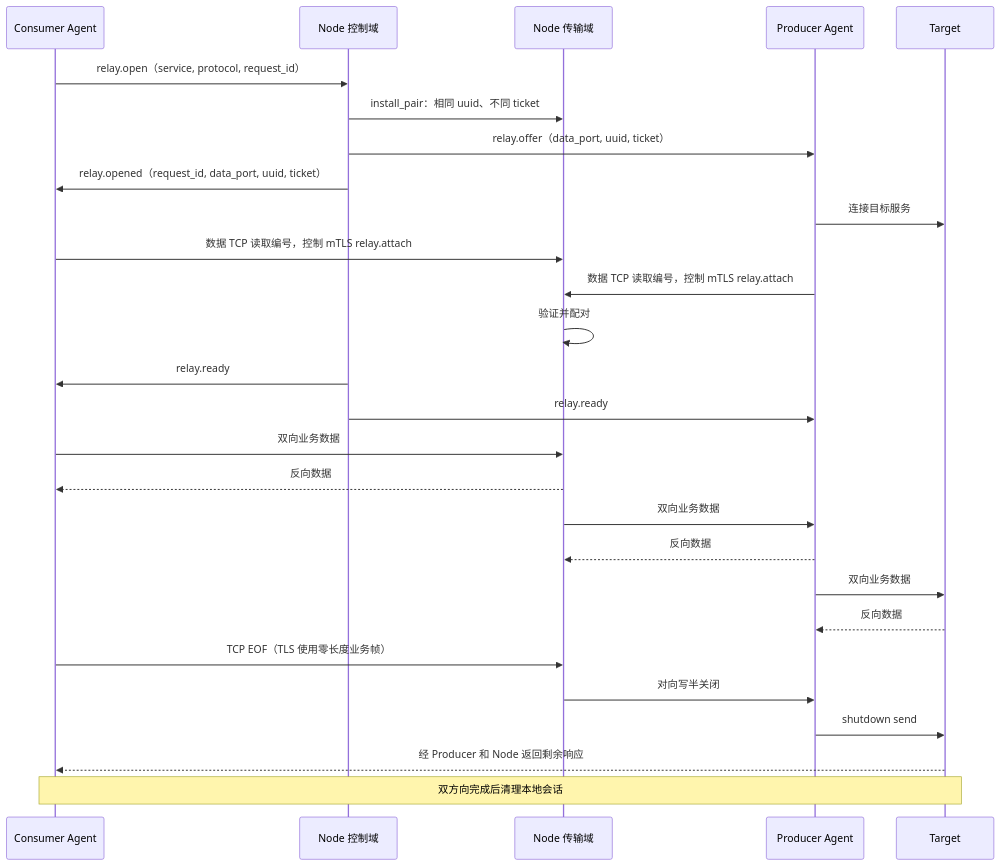
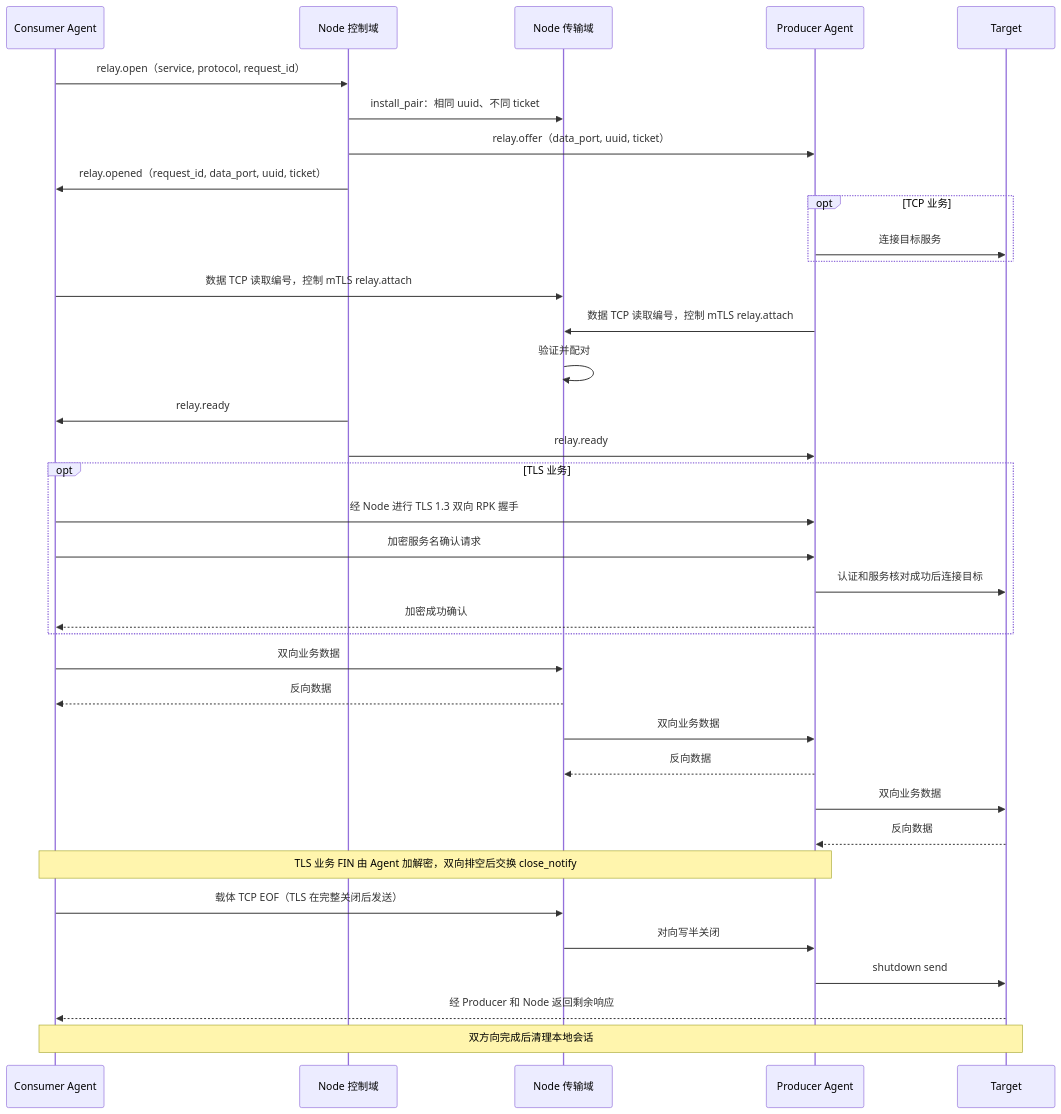
Diagram 18 of 21 in docs/RelayWeave设计.md (Xtinc/relayweave), drawn with Mermaid before and after one commit. The commit also changed other lines of this file and 8 other files, not shown here.

First line of the commit message:
docs: add section on end-to-end key and credential rotation for mTLS and RPK

````diff
--- a/docs/RelayWeave设计.md
+++ b/docs/RelayWeave设计.md
@@ -1250,29 +1263,38 @@
 ```mermaid
 sequenceDiagram
     participant C as Consumer Agent
     participant N as Node 控制域
     participant D as Node 传输域
     participant P as Producer Agent
     participant T as Target
     C->>N: relay.open（service, protocol, request_id）
     N->>D: install_pair：相同 uuid、不同 ticket
     N->>P: relay.offer（data_port, uuid, ticket）
     N->>C: relay.opened（request_id, data_port, uuid, ticket）
-    P->>T: 连接目标服务
+    opt TCP 业务
+        P->>T: 连接目标服务
+    end
     C->>D: 数据 TCP 读取编号，控制 mTLS relay.attach
     P->>D: 数据 TCP 读取编号，控制 mTLS relay.attach
     D->>D: 验证并配对
     N->>C: relay.ready
     N->>P: relay.ready
+    opt TLS 业务
+        C->>P: 经 Node 进行 TLS 1.3 双向 RPK 握手
+        C->>P: 加密服务名确认请求
+        P->>T: 认证和服务核对成功后连接目标
+        P-->>C: 加密成功确认
+    end
     C->>D: 双向业务数据
     D-->>C: 反向数据
     D->>P: 双向业务数据
     P-->>D: 反向数据
     P->>T: 双向业务数据
     T-->>P: 反向数据
-    C->>D: TCP EOF（TLS 使用零长度业务帧）
+    Note over C,P: TLS 业务 FIN 由 Agent 加解密，双向排空后交换 close_notify
+    C->>D: 载体 TCP EOF（TLS 在完整关闭后发送）
     D->>P: 对向写半关闭
     P->>T: shutdown send
     T-->>C: 经 Producer 和 Node 返回剩余响应
     Note over C,T: 双方向完成后清理本地会话
 ```
````
